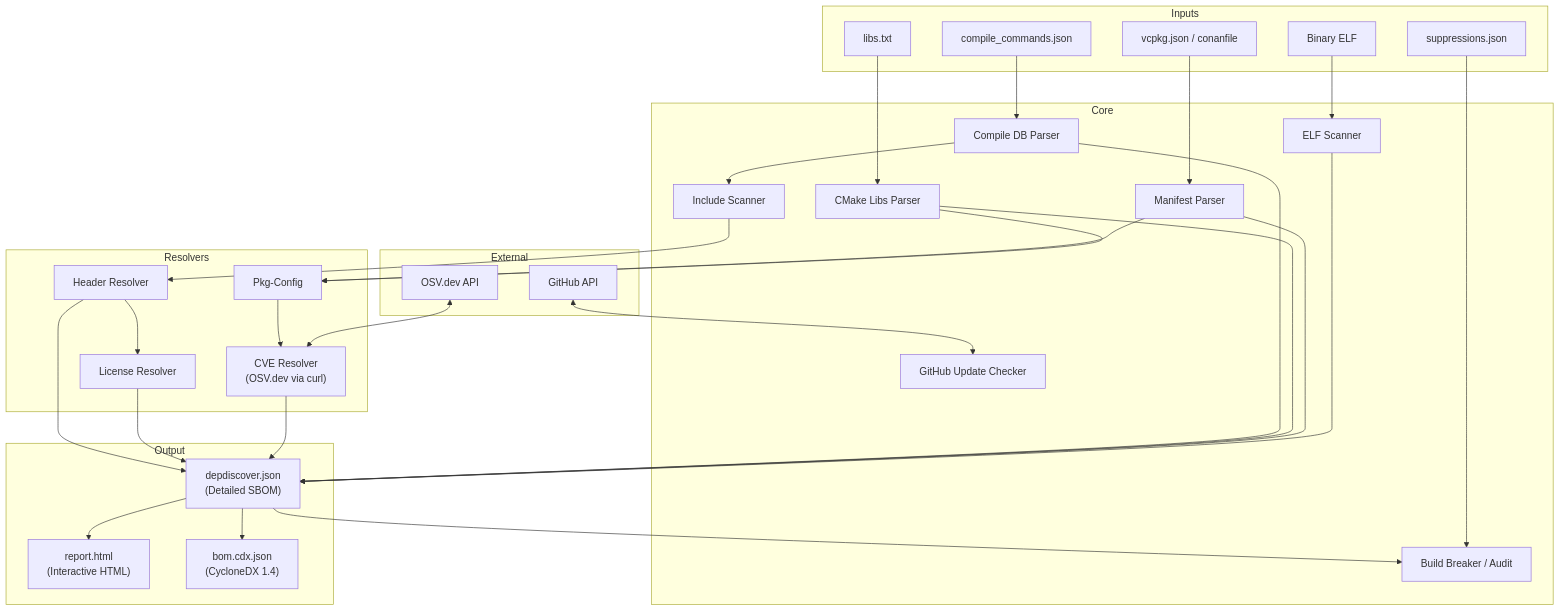
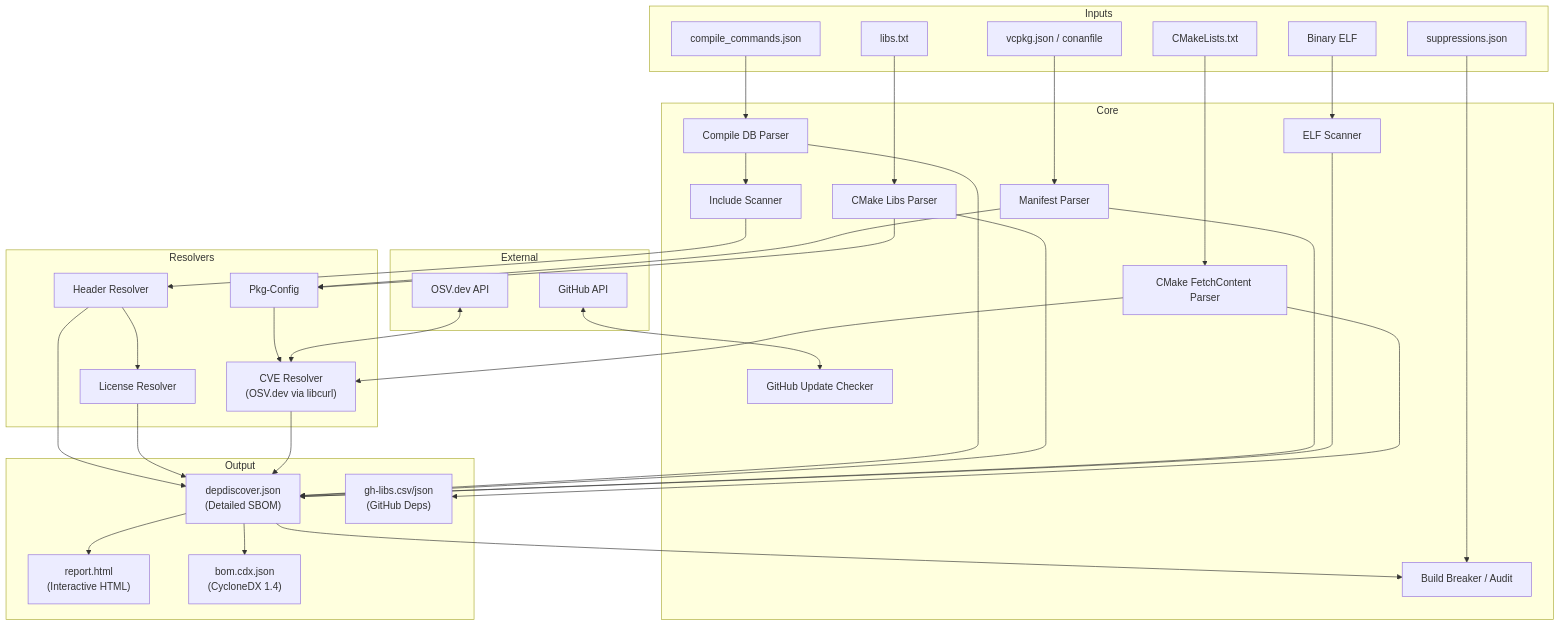
The diagram in README.md (Zheng-Bote/depdiscover), drawn with Mermaid before and after one commit. The commit also changed other lines of this file and 33 other files, not shown here.

````diff
--- a/README.md
+++ b/README.md
@@ -82,60 +89,66 @@
 ```mermaid
 graph TD
     subgraph External
         GH[GitHub API]
         OSV[OSV.dev API]
     end
 
     subgraph Inputs
+        CML[CMakeLists.txt]
         CC[compile_commands.json]
         LIBS[libs.txt]
         MAN[vcpkg.json / conanfile]
         BIN[Binary ELF]
         SUPP[suppressions.json]
     end
 
     subgraph Core
         UC[GitHub Update Checker]
+        P_FETCH[CMake FetchContent Parser]
         P_CC[Compile DB Parser]
         P_CMAKE[CMake Libs Parser]
         P_MAN[Manifest Parser]
         S_ELF[ELF Scanner]
         S_INC[Include Scanner]
         BB[Build Breaker / Audit]
     end
 
     subgraph Resolvers
         R_HEAD[Header Resolver]
         R_PKG[Pkg-Config]
         R_LIC[License Resolver]
-        R_CVE["CVE Resolver<br>(OSV.dev via curl)"]
+        R_CVE["CVE Resolver<br>(OSV.dev via libcurl)"]
     end
 
     subgraph Output
         JSON["depdiscover.json <br> (Detailed SBOM)"]
         HTML["report.html <br> (Interactive HTML)"]
         CDX["bom.cdx.json <br> (CycloneDX 1.4)"]
+        GH_LIBS["gh-libs.csv/json <br> (GitHub Deps)"]
     end
 
     GH <--> UC
+    CML --> P_FETCH
     CC --> P_CC
     LIBS --> P_CMAKE
     MAN --> P_MAN
     BIN --> S_ELF
     SUPP --> BB
 
     P_CC --> S_INC
     S_INC --> R_HEAD
 
     P_MAN --> R_PKG
     P_CMAKE --> R_PKG
+    P_FETCH --> R_CVE
 
     R_HEAD --> R_LIC
     R_PKG --> R_CVE
     OSV <--> R_CVE
 
     P_CC & P_CMAKE & P_MAN & S_ELF & R_HEAD & R_LIC & R_CVE --> JSON
     JSON --> BB
     JSON --> HTML
     JSON --> CDX
+    P_FETCH --> GH_LIBS
 ```
````
